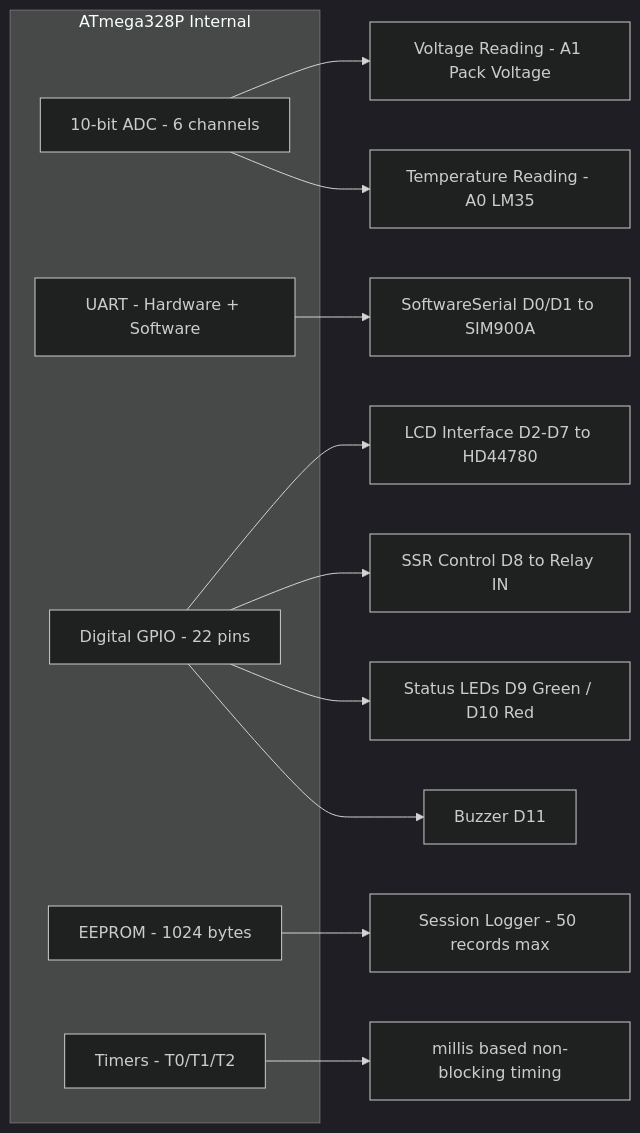
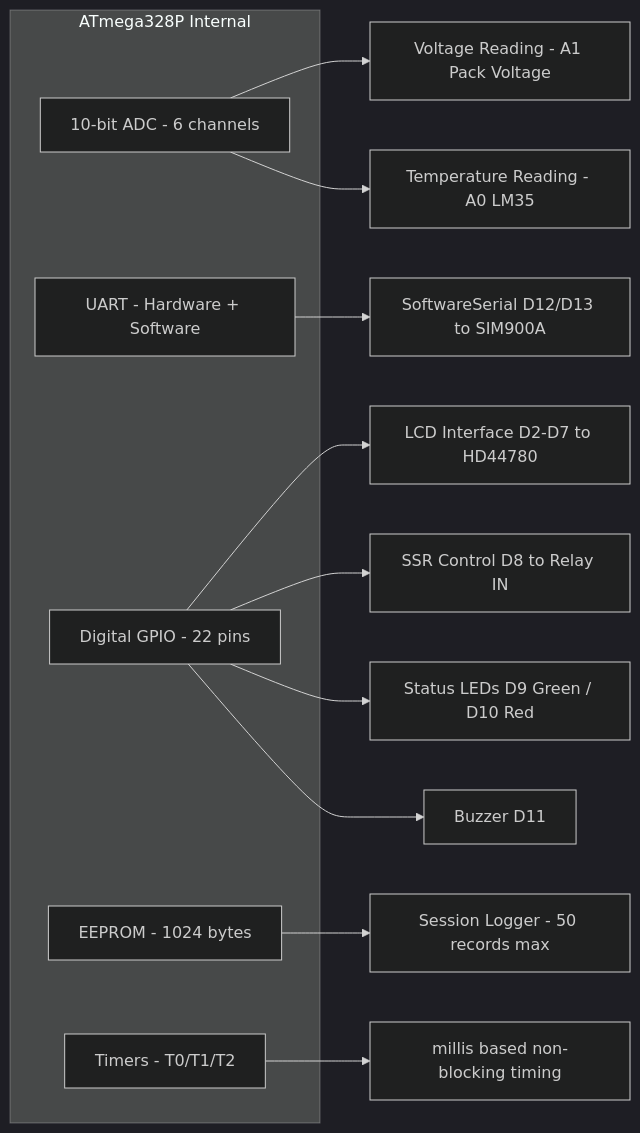
The second of 3 diagrams in docs/architecture.md (prashanth-2369002/SmartEV-Charging-System), drawn with Mermaid (dark theme) before and after one commit. The commit also changed 6 other files, not shown here.

````diff
--- a/docs/architecture.md
+++ b/docs/architecture.md
@@ -58,20 +58,20 @@
 ```mermaid
 graph LR
     subgraph MCU ["ATmega328P Internal"]
         ADC[10-bit ADC - 6 channels]
         UART[UART - Hardware + Software]
         GPIO[Digital GPIO - 22 pins]
         EEPROM[EEPROM - 1024 bytes]
         TIMER[Timers - T0/T1/T2]
     end
 
     ADC --> VREAD[Voltage Reading - A1 Pack Voltage]
     ADC --> TREAD[Temperature Reading - A0 LM35]
-    UART --> GSM_IF[SoftwareSerial D0/D1 to SIM900A]
+    UART --> GSM_IF[SoftwareSerial D12/D13 to SIM900A]
     GPIO --> LCD_IF[LCD Interface D2-D7 to HD44780]
     GPIO --> SSR_IF[SSR Control D8 to Relay IN]
     GPIO --> LED_IF[Status LEDs D9 Green / D10 Red]
     GPIO --> BUZ_IF[Buzzer D11]
     EEPROM --> SESSLOG[Session Logger - 50 records max]
     TIMER --> MILLIS[millis based non-blocking timing]
 ```
````
